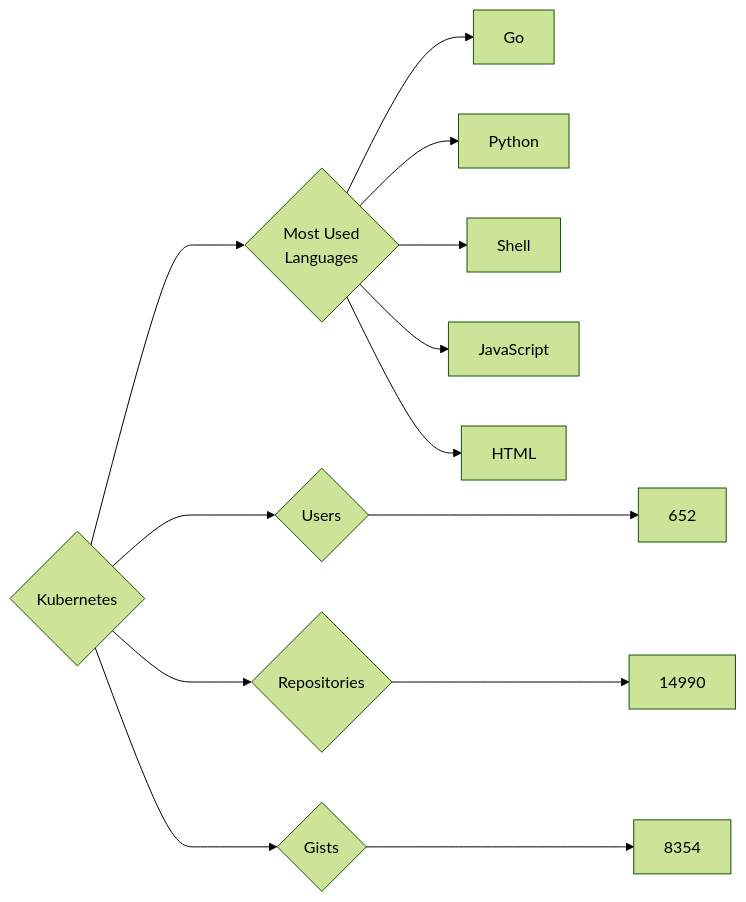
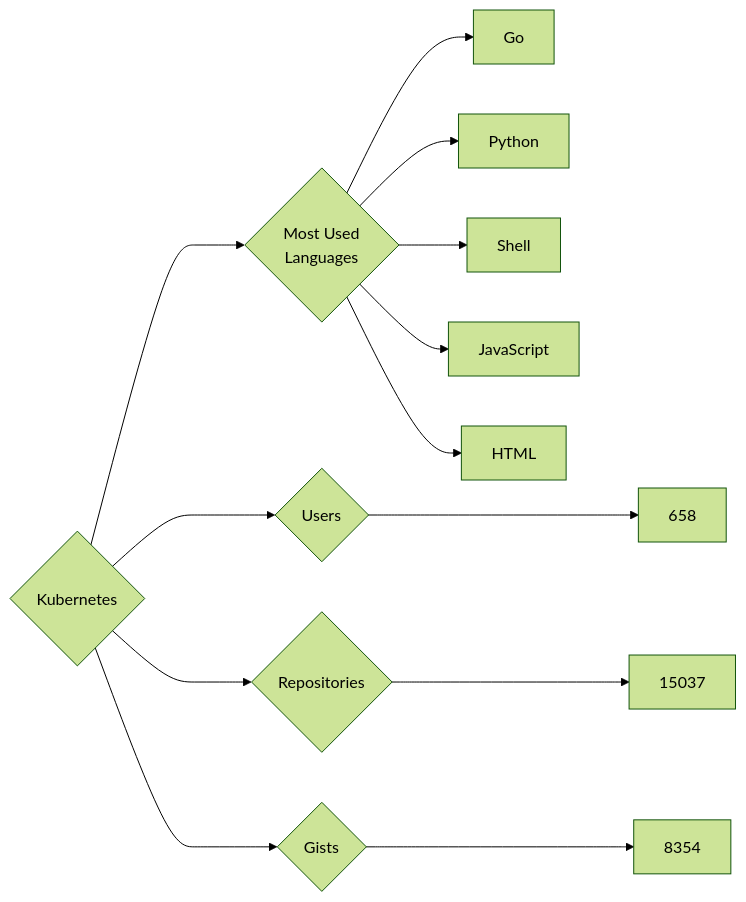
The diagram in targets/Kubernetes/README.md (trickest/insiders), drawn with Mermaid (forest theme) before and after one commit. The commit also changed 720 other files, not shown here.

````diff
--- a/targets/Kubernetes/README.md
+++ b/targets/Kubernetes/README.md
@@ -3,13 +3,13 @@
 ```mermaid
 graph LR
 COMPANY_NAME{Kubernetes}
-COMPANY_NAME ---> U{Users} ---> UN[652]
-COMPANY_NAME ---> R{Repositories} ---> RN[14990]
+COMPANY_NAME ---> U{Users} ---> UN[658]
+COMPANY_NAME ---> R{Repositories} ---> RN[15037]
 COMPANY_NAME ---> G{Gists} ---> GN[8354]
 COMPANY_NAME ---> ML{Most Used<br>Languages}
 ML --> Go[Go]
 ML --> Python[Python]
 ML --> Shell[Shell]
 ML --> JavaScript[JavaScript]
 ML --> HTML[HTML]
 ```
````
